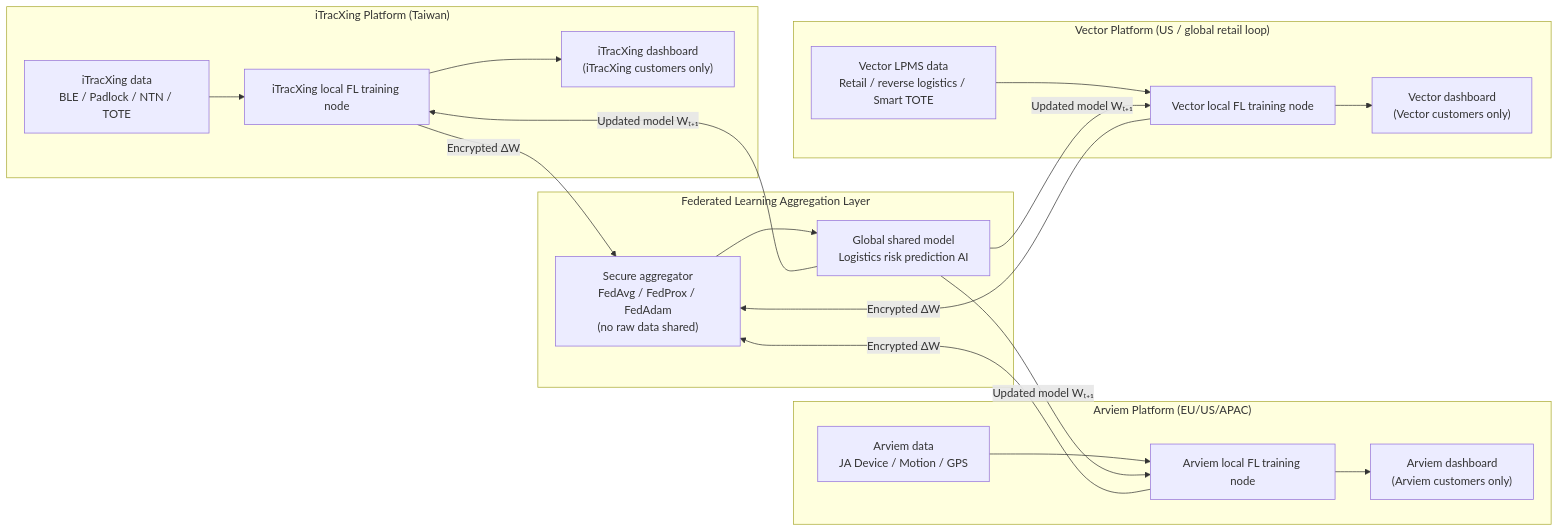
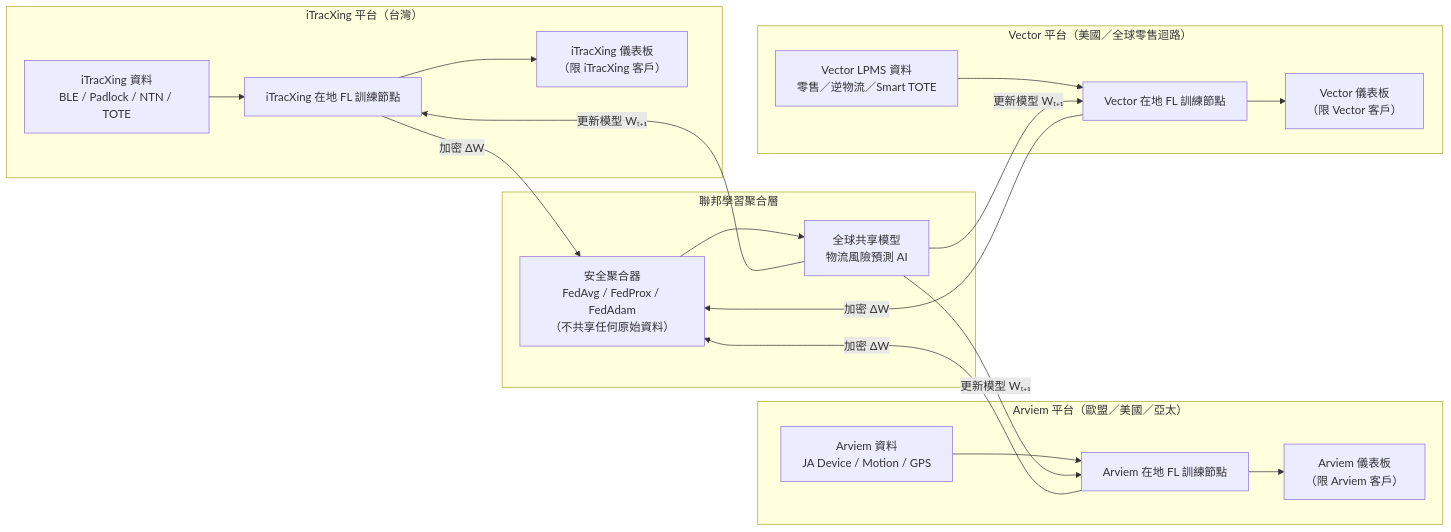
The ninth of 10 diagrams in proposal/AI-Application-Enhancement-Program-Proposal-Submission.md (jshuo/ai-moea-proposal), drawn with Mermaid before and after one commit. The commit also changed other lines of this file, not shown here.

````diff
--- a/proposal/AI-Application-Enhancement-Program-Proposal-Submission.md
+++ b/proposal/AI-Application-Enhancement-Program-Proposal-Submission.md
@@ -757,61 +799,61 @@
-  ```mermaid
-  flowchart LR
+```mermaid
+flowchart LR
 
-    %% ===========================
-    %%   iTracXing Platform
-    %% ===========================
-    subgraph ITX["iTracXing Platform (Taiwan)"]
-      ITX_Data["iTracXing data<br>BLE / Padlock / NTN / TOTE"]
-      ITX_ML["iTracXing local FL training node"]
-      ITX_UI["iTracXing dashboard<br/>(iTracXing customers only)"]
-    end
+  %% ===========================
+  %%   iTracXing 平台
+  %% ===========================
+  subgraph ITX["iTracXing 平台（台灣）"]
+    ITX_Data["iTracXing 資料<br>BLE / Padlock / NTN / TOTE"]
+    ITX_ML["iTracXing 在地 FL 訓練節點"]
+    ITX_UI["iTracXing 儀表板<br>（限 iTracXing 客戶）"]
+  end
 
-    ITX_Data --> ITX_ML
-    ITX_ML --> ITX_UI
+  ITX_Data --> ITX_ML
+  ITX_ML --> ITX_UI
 
 
-    %% ===========================
-    %%   Arviem Platform
-    %% ===========================
-    subgraph ARV["Arviem Platform (EU/US/APAC)"]
-      ARV_Data["Arviem data<br>JA Device / Motion / GPS"]
-      ARV_ML["Arviem local FL training node"]
-      ARV_UI["Arviem dashboard<br/>(Arviem customers only)"]
-    end
+  %% ===========================
+  %%   Arviem 平台
+  %% ===========================
+  subgraph ARV["Arviem 平台（歐盟／美國／亞太）"]
+    ARV_Data["Arviem 資料<br>JA Device / Motion / GPS"]
+    ARV_ML["Arviem 在地 FL 訓練節點"]
+    ARV_UI["Arviem 儀表板<br>（限 Arviem 客戶）"]
+  end
 
-    ARV_Data --> ARV_ML
-    ARV_ML --> ARV_UI
+  ARV_Data --> ARV_ML
+  ARV_ML --> ARV_UI
 
 
-    %% ===========================
-    %%   Vector Platform
-    %% ===========================
-    subgraph VEC["Vector Platform (US / global retail loop)"]
-      VEC_Data["Vector LPMS data<br/>Retail / reverse logistics / Smart TOTE"]
-      VEC_ML["Vector local FL training node"]
-      VEC_UI["Vector dashboard<br/>(Vector customers only)"]
-    end
+  %% ===========================
+  %%   Vector 平台
+  %% ===========================
+  subgraph VEC["Vector 平台（美國／全球零售迴路）"]
+    VEC_Data["Vector LPMS 資料<br>零售／逆物流／Smart TOTE"]
+    VEC_ML["Vector 在地 FL 訓練節點"]
+    VEC_UI["Vector 儀表板<br>（限 Vector 客戶）"]
+  end
 
-    VEC_Data --> VEC_ML
-    VEC_ML --> VEC_UI
+  VEC_Data --> VEC_ML
+  VEC_ML --> VEC_UI
 
 
-    %% ===========================
-    %%   Federated Aggregation Layer
-    %% ===========================
-    ITX_ML -->|Encrypted ΔW| AGG
-    ARV_ML -->|Encrypted ΔW| AGG
-    VEC_ML -->|Encrypted ΔW| AGG
+  %% ===========================
+  %%   聯邦學習聚合層
+  %% ===========================
+  ITX_ML -->|加密 ΔW| AGG
+  ARV_ML -->|加密 ΔW| AGG
+  VEC_ML -->|加密 ΔW| AGG
 
-    subgraph FED["Federated Learning Aggregation Layer"]
-      AGG["Secure aggregator<br/>FedAvg / FedProx / FedAdam<br/>(no raw data shared)"]
-      GM["Global shared model<br/>Logistics risk prediction AI"]
-    end
+  subgraph FED["聯邦學習聚合層"]
+    AGG["安全聚合器<br>FedAvg / FedProx / FedAdam<br>（不共享任何原始資料）"]
+    GM["全球共享模型<br>物流風險預測 AI"]
+  end
 
-    AGG --> GM
+  AGG --> GM
 
-    %% Redistribute globally updated model
-    GM -->|Updated model Wₜ₊₁| ITX_ML
-    GM -->|Updated model Wₜ₊₁| ARV_ML
-    GM -->|Updated model Wₜ₊₁| VEC_ML
-  ```
+  %% 重新下發全球更新模型
+  GM -->|更新模型 Wₜ₊₁| ITX_ML
+  GM -->|更新模型 Wₜ₊₁| ARV_ML
+  GM -->|更新模型 Wₜ₊₁| VEC_ML
+```
````
